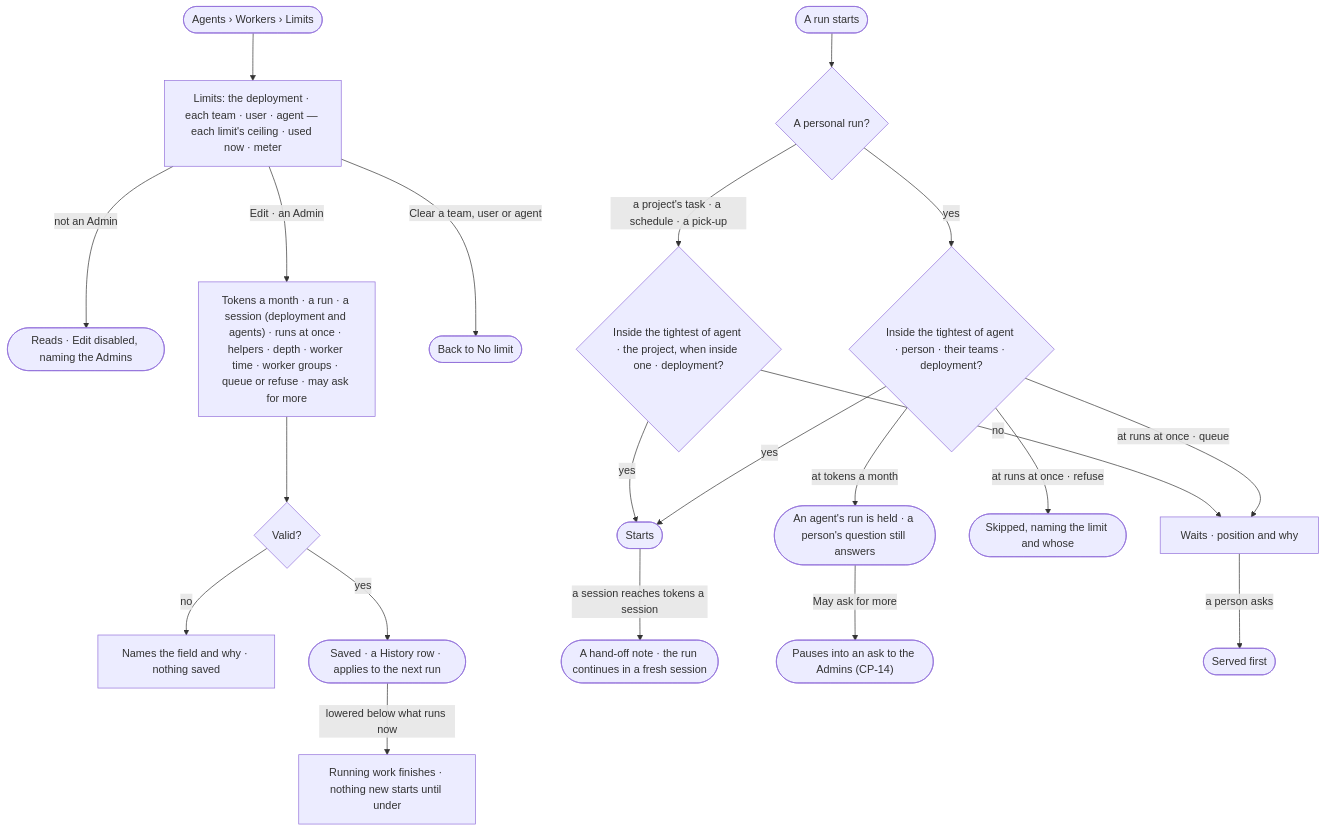
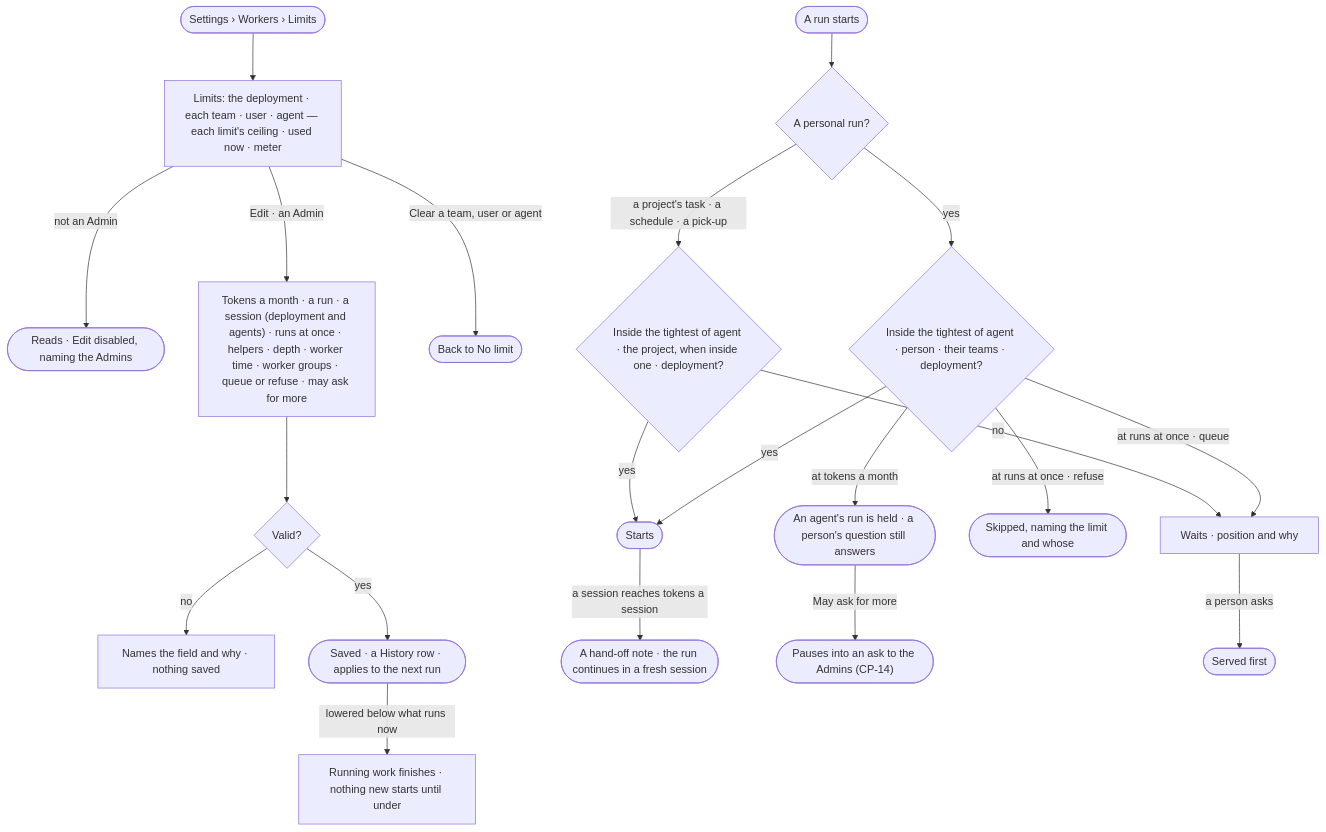
The diagram in specs/os/control/features/CP-F04-limits/stories/CP-11-set-limits-for-the-deployment-a-team-a-user-or-an-agent/story.md (invana/invana), drawn with Mermaid before and after one commit. The commit also changed other lines of this file and 43 other files, not shown here.

First line of the commit message:
docs(specs): Agents mode keeps work; Plugins, Fleet, Workers move to Settings

````diff
--- a/specs/os/control/features/CP-F04-limits/stories/CP-11-set-limits-for-the-deployment-a-team-a-user-or-an-agent/story.md
+++ b/specs/os/control/features/CP-F04-limits/stories/CP-11-set-limits-for-the-deployment-a-team-a-user-or-an-agent/story.md
@@ -27,23 +27,23 @@
 ```mermaid
 flowchart TD
-  s([Agents › Workers › Limits]) --> t["Limits: the deployment · each team · user · agent — each limit's ceiling · used now · meter"]
+  s([Settings › Workers › Limits]) --> t["Limits: the deployment · each team · user · agent — each limit's ceiling · used now · meter"]
   t -->|not an Admin| ro(["Reads · Edit disabled, naming the Admins"])
   t -->|Edit · an Admin| e["Tokens a month · a run · a session (deployment and agents) · runs at once · helpers · depth · worker time · worker groups · queue or refuse · may ask for more"]
   e --> v{"Valid?"}
   v -->|no| vf["Names the field and why · nothing saved"]
   v -->|yes| sv(["Saved · a History row · applies to the next run"])
   sv -->|lowered below what runs now| lo["Running work finishes · nothing new starts until under"]
   t -->|Clear a team, user or agent| cl(["Back to No limit"])
   run([A run starts]) --> pr{"A personal run?"}
   pr -->|yes| b{"Inside the tightest of agent · person · their teams · deployment?"}
   pr -->|a project's task · a schedule · a pick-up| b2{"Inside the tightest of agent · the project, when inside one · deployment?"}
   b2 -->|yes| go
   b2 -->|no| q
   go -->|a session reaches tokens a session| ct(["A hand-off note · the run continues in a fresh session"])
   b -->|yes| go(["Starts"])
   b -->|at runs at once · queue| q["Waits · position and why"]
   b -->|at runs at once · refuse| r(["Skipped, naming the limit and whose"])
   b -->|at tokens a month| h(["An agent's run is held · a person's question still answers"])
   h -->|May ask for more| ask(["Pauses into an ask to the Admins (CP-14)"])
   q -->|a person asks| p(["Served first"])
 ```
````
